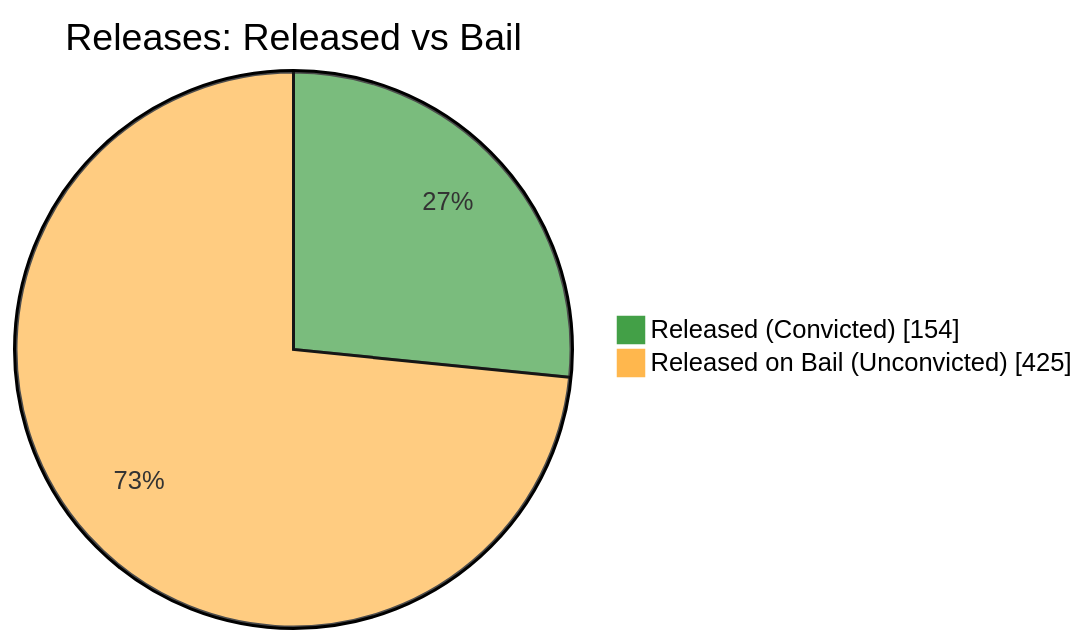
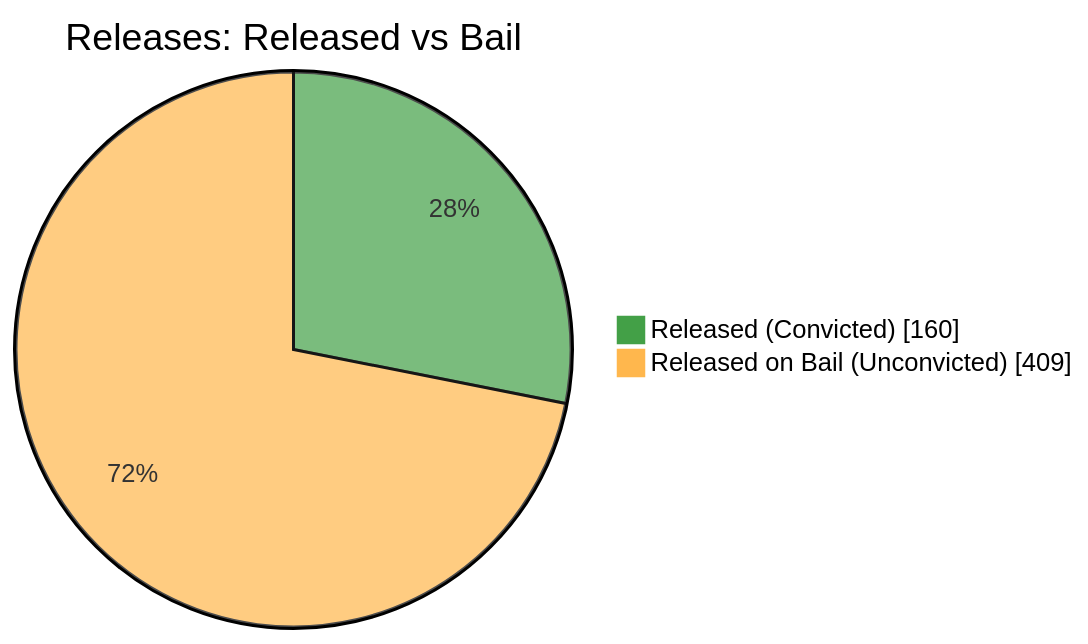
One commit to nuuuwan/lk_prisons changed the fifth of 7 diagrams in README.md. Above: the diagram before and after it, drawn with Mermaid. The commit also changed other lines of this file and 1 other file, not shown here.

````diff
--- a/README.md
+++ b/README.md
@@ -87,6 +87,6 @@
 ```mermaid
 %%{init: {'themeVariables': {'pie1': '#43A047', 'pie2': '#FFB74D'}}}%%
 pie showData title Releases: Released vs Bail
-    "Released (Convicted)" : 154
-    "Released on Bail (Unconvicted)" : 425
+    "Released (Convicted)" : 160
+    "Released on Bail (Unconvicted)" : 409
 ```
````
